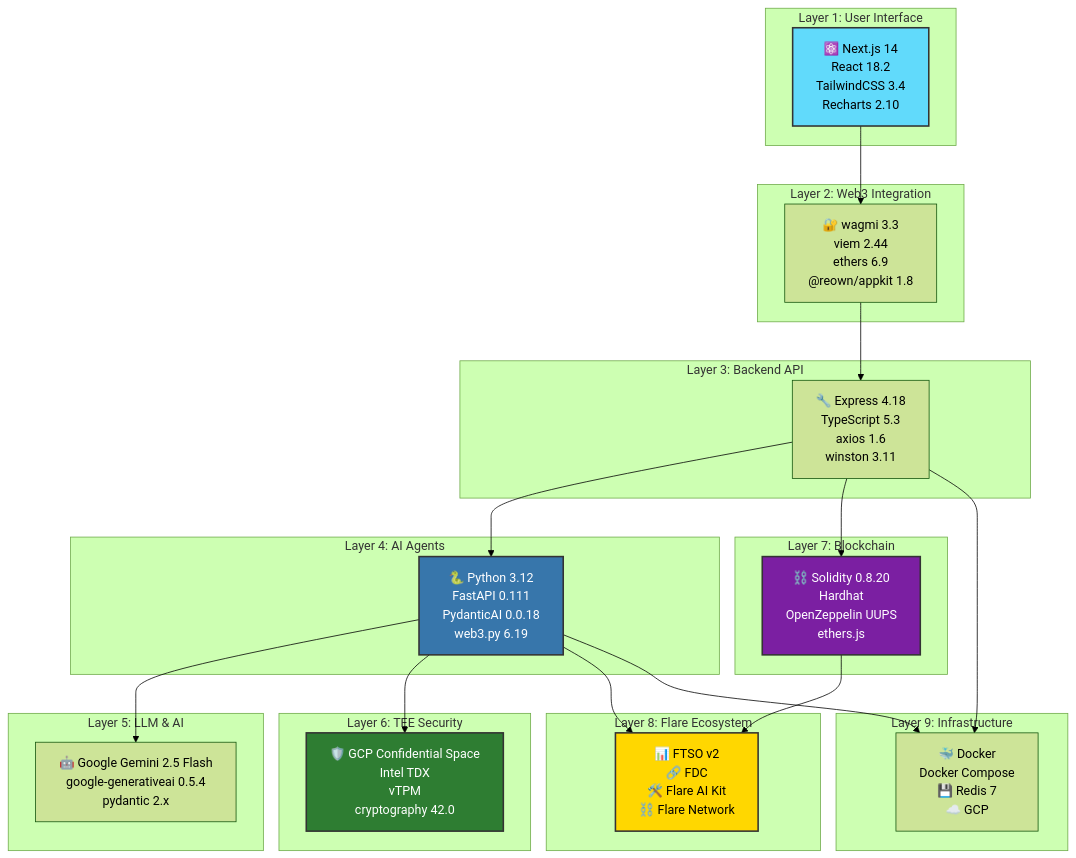
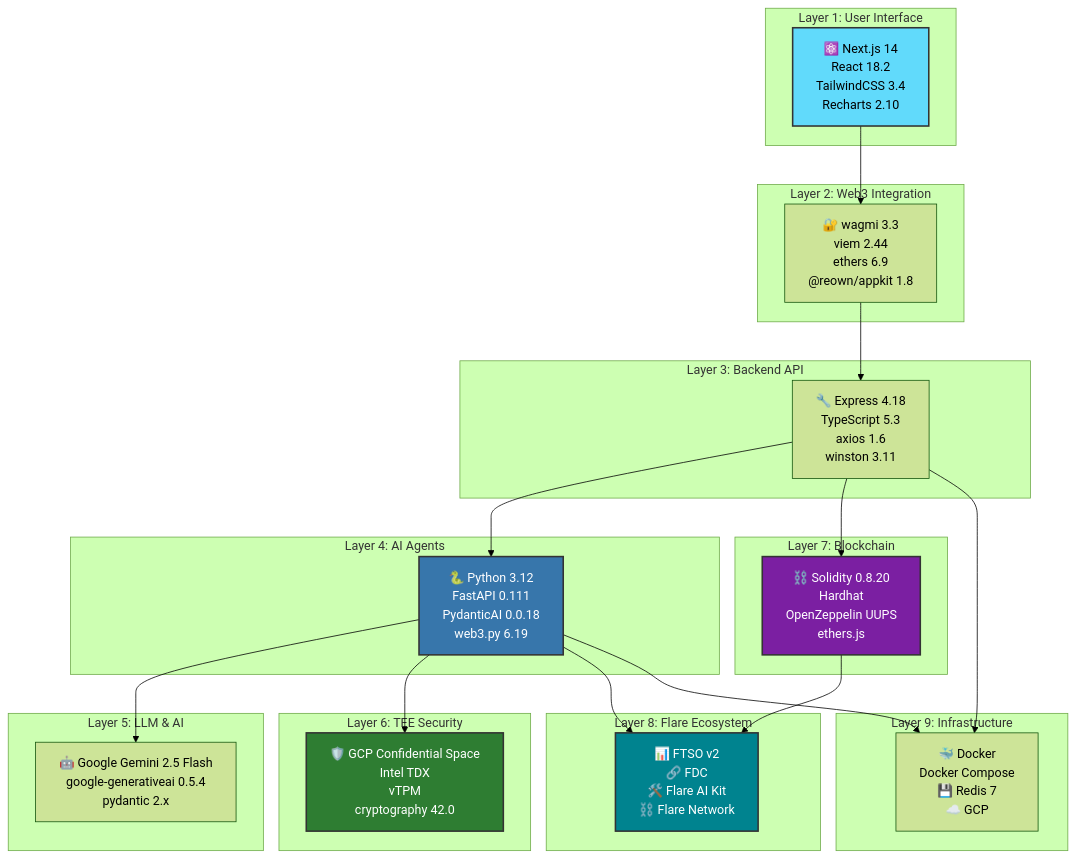
One commit to kunaldhongade/flint changed the seventh of 10 diagrams in docs/ARCHITECTURE_DIAGRAM.md. Above: the diagram before and after it, drawn with Mermaid (forest theme). The commit also changed other lines of this file and 2 other files, not shown here.

````diff
--- a/docs/ARCHITECTURE_DIAGRAM.md
+++ b/docs/ARCHITECTURE_DIAGRAM.md
@@ -460,55 +460,55 @@
 ```mermaid
 graph TB
     subgraph "Layer 1: User Interface"
         L1["⚛️ Next.js 14<br/>React 18.2<br/>TailwindCSS 3.4<br/>Recharts 2.10"]
     end
 
     subgraph "Layer 2: Web3 Integration"
         L2["🔐 wagmi 3.3<br/>viem 2.44<br/>ethers 6.9<br/>@reown/appkit 1.8"]
     end
 
     subgraph "Layer 3: Backend API"
         L3["🔧 Express 4.18<br/>TypeScript 5.3<br/>axios 1.6<br/>winston 3.11"]
     end
 
     subgraph "Layer 4: AI Agents"
         L4["🐍 Python 3.12<br/>FastAPI 0.111<br/>PydanticAI 0.0.18<br/>web3.py 6.19"]
     end
 
     subgraph "Layer 5: LLM & AI"
         L5["🤖 Google Gemini 2.5 Flash<br/>google-generativeai 0.5.4<br/>pydantic 2.x"]
     end
 
     subgraph "Layer 6: TEE Security"
         L6["🛡️ GCP Confidential Space<br/>Intel TDX<br/>vTPM<br/>cryptography 42.0"]
     end
 
     subgraph "Layer 7: Blockchain"
         L7["⛓️ Solidity 0.8.20<br/>Hardhat<br/>OpenZeppelin UUPS<br/>ethers.js"]
     end
 
     subgraph "Layer 8: Flare Ecosystem"
         L8["📊 FTSO v2<br/>🔗 FDC<br/>🛠️ Flare AI Kit<br/>⛓️ Flare Network"]
     end
 
     subgraph "Layer 9: Infrastructure"
         L9["🐳 Docker<br/>Docker Compose<br/>💾 Redis 7<br/>☁️ GCP"]
     end
 
     L1 --> L2
     L2 --> L3
     L3 --> L4
     L4 --> L5
     L4 --> L6
     L3 --> L7
     L4 --> L8
     L7 --> L8
     L3 --> L9
     L4 --> L9
     
     style L1 fill:#61DAFB,stroke:#333,stroke-width:2px
     style L4 fill:#3776AB,stroke:#333,stroke-width:2px,color:#fff
     style L6 fill:#2E7D32,stroke:#333,stroke-width:2px,color:#fff
     style L7 fill:#7B1FA2,stroke:#333,stroke-width:2px,color:#fff
-    style L8 fill:#FFD700,stroke:#333,stroke-width:2px
+    style L8 fill:#00838F,stroke:#333,stroke-width:2px,color:#fff
 ```
````
